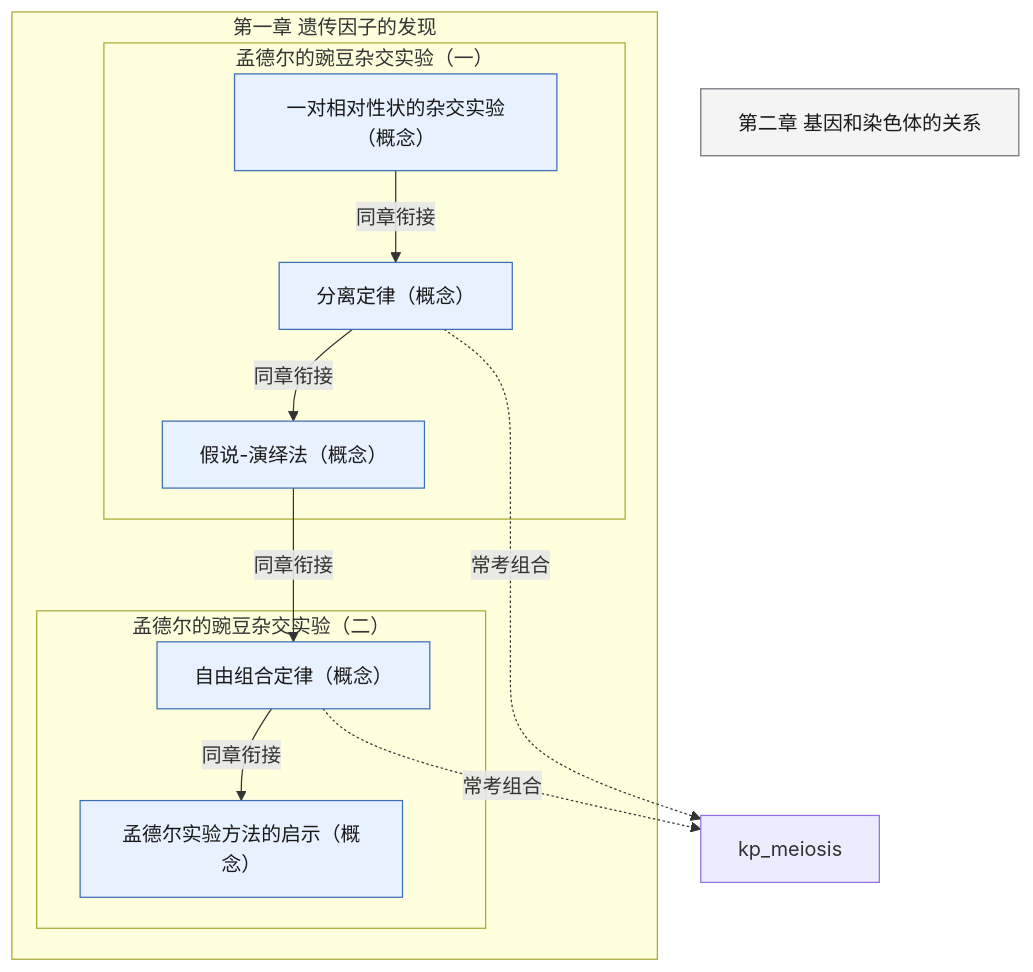
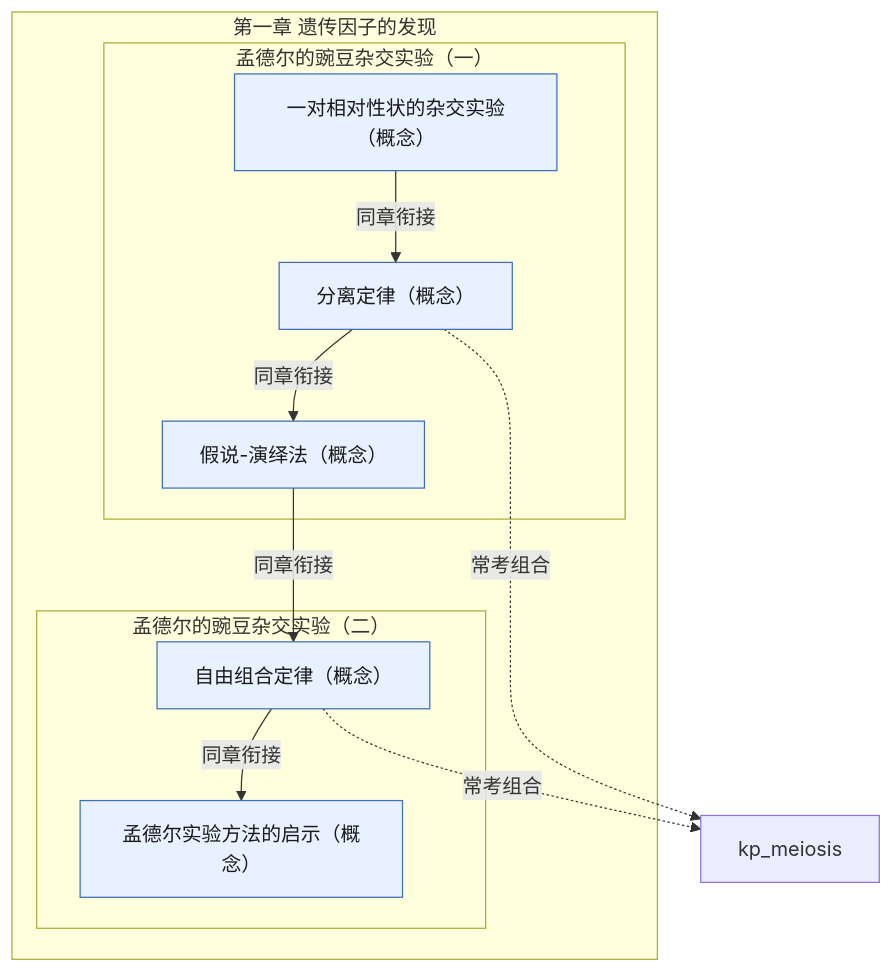
The diagram in skills/high-school-ai-tutor/references/pep-bio-bx2-ch1.md (lihenair/high-school-ai-tutor-skill), drawn with Mermaid before and after one commit. The commit also changed 26 other files, not shown here.

First line of the commit message:
feat(bio): 跨教材知识联系图谱——占位符清退 + 53 条组合边 + 联系图谱文档

````diff
--- a/skills/high-school-ai-tutor/references/pep-bio-bx2-ch1.md
+++ b/skills/high-school-ai-tutor/references/pep-bio-bx2-ch1.md
@@ -5,25 +5,24 @@
 ```mermaid
 flowchart TD
   classDef concept fill:#E8F1FF,stroke:#3B6FB6,color:#1A1A1A
   classDef skill fill:#E7F6EE,stroke:#2E7D4F,color:#1A1A1A
   classDef experiment fill:#FFF4E5,stroke:#C47B17,color:#1A1A1A
   classDef later fill:#F4F4F5,stroke:#71717A,color:#1A1A1A
   subgraph ch["第一章 遗传因子的发现"]
     subgraph s1["孟德尔的豌豆杂交实验（一）"]
       kp_mendel_pea_cross["一对相对性状的杂交实验（概念）"]:::concept
       kp_segregation_law["分离定律（概念）"]:::concept
       kp_hypothesis_deduction["假说-演绎法（概念）"]:::concept
     end
     subgraph s2["孟德尔的豌豆杂交实验（二）"]
       kp_free_combination["自由组合定律（概念）"]:::concept
       kp_mendel_methods["孟德尔实验方法的启示（概念）"]:::concept
     end
   end
-  bx2_ch2["第二章 基因和染色体的关系"]:::later
   kp_mendel_pea_cross -->|同章衔接| kp_segregation_law
   kp_segregation_law -->|同章衔接| kp_hypothesis_deduction
   kp_hypothesis_deduction -->|同章衔接| kp_free_combination
   kp_free_combination -->|同章衔接| kp_mendel_methods
   kp_segregation_law -.->|常考组合| kp_meiosis
   kp_free_combination -.->|常考组合| kp_meiosis
 ```
````
